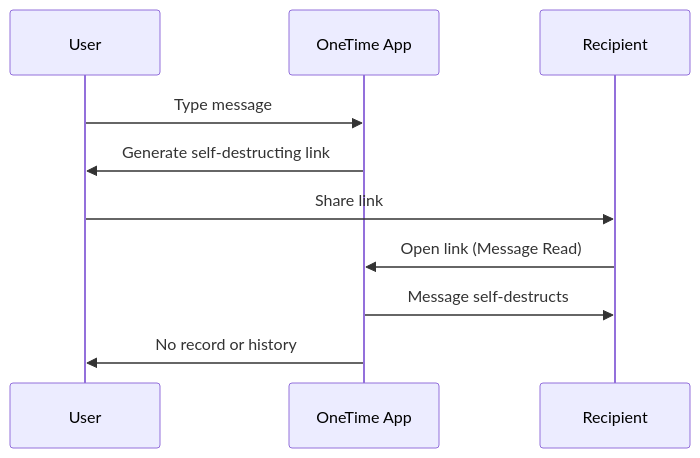
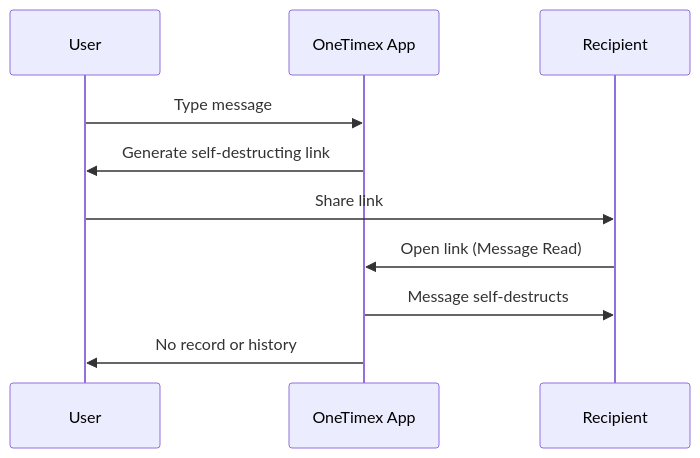
Before and after one commit to Echoinbyte/onetime: the second of 2 diagrams in README.md, drawn with Mermaid. The commit also changed other lines of this file and 13 other files, not shown here.

````diff
--- a/README.md
+++ b/README.md
@@ -78,13 +78,13 @@
 ```mermaid
 sequenceDiagram
     participant A as User
-    participant B as OneTime App
+    participant B as OneTimex App
     participant C as Recipient
 
     A->>B: Type message
     B->>A: Generate self-destructing link
     A->>C: Share link
     C->>B: Open link (Message Read)
     B->>C: Message self-destructs
     B->>A: No record or history
 ```
````
